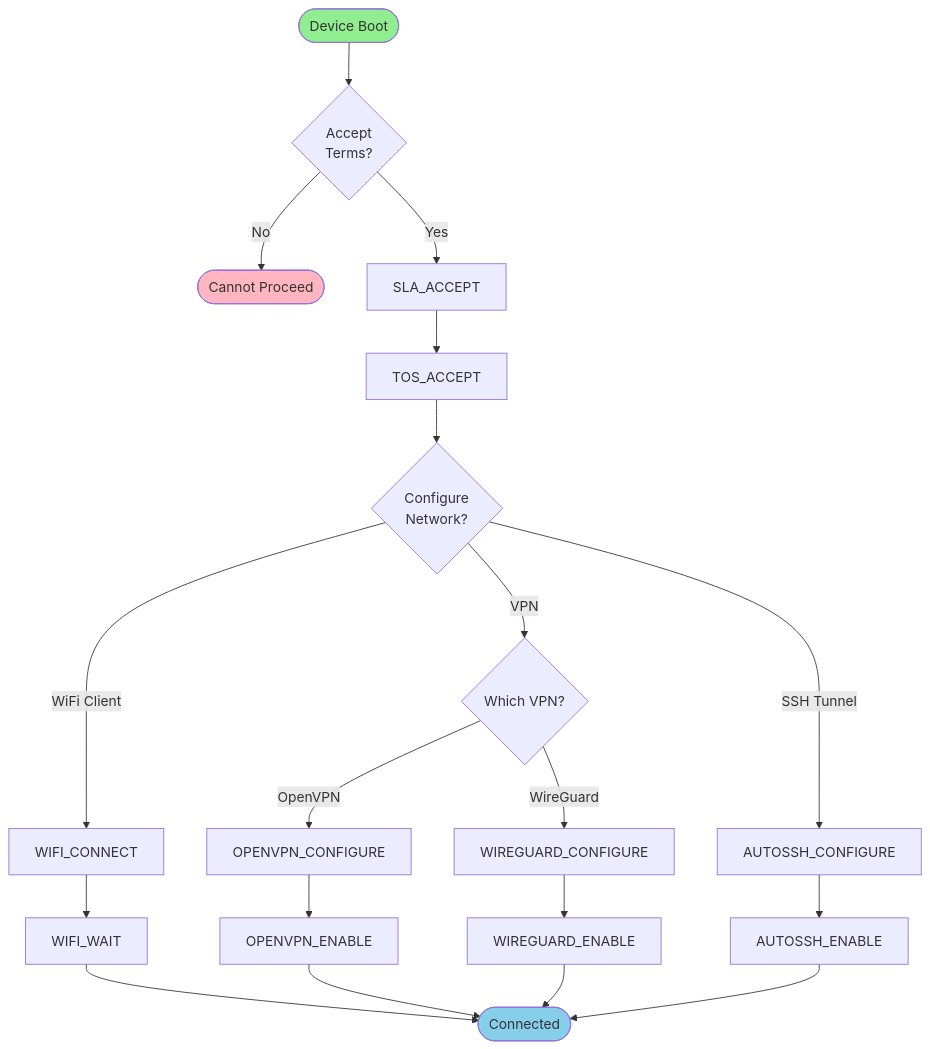
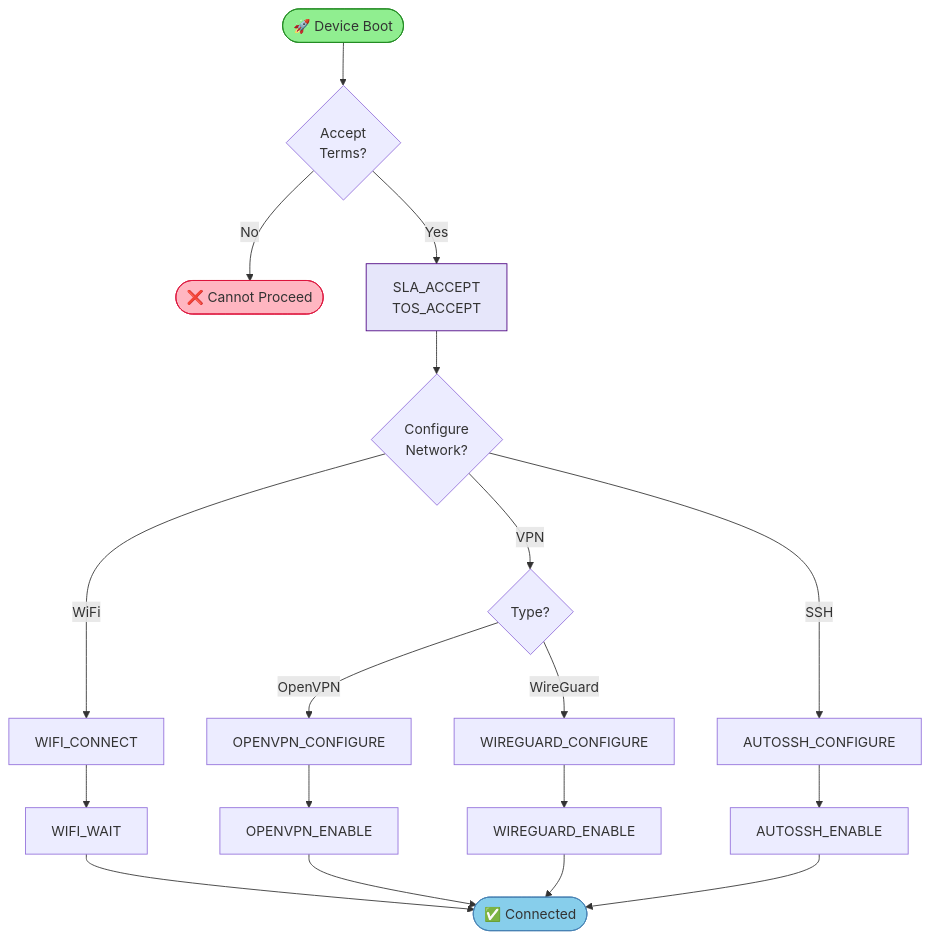
One commit to TheCyberJest0r/Wifi-Pineapple-Pager-Payloads-Cheat-sheet changed the third of 4 diagrams in README.md. Above: the diagram before and after it, drawn with Mermaid. The commit also changed other lines of this file, not shown here.

````diff
--- a/README.md
+++ b/README.md
@@ -196,30 +220,30 @@
 ```mermaid
 flowchart TD
-    Start([Device Boot]) --> Accept{Accept<br/>Terms?}
-    Accept -->|No| End1([Cannot Proceed])
-    Accept -->|Yes| SLA[SLA_ACCEPT]
-    SLA --> TOS[TOS_ACCEPT]
+    Start([🚀 Device Boot]) --> Accept{Accept<br/>Terms?}
+    Accept -->|No| End1([❌ Cannot Proceed])
+    Accept -->|Yes| Terms[SLA_ACCEPT<br/>TOS_ACCEPT]
     
-    TOS --> Config{Configure<br/>Network?}
+    Terms --> Config{Configure<br/>Network?}
     
-    Config -->|WiFi Client| WiFi[WIFI_CONNECT]
-    Config -->|VPN| VPN{Which VPN?}
-    Config -->|SSH Tunnel| SSH[AUTOSSH_CONFIGURE]
+    Config -->|WiFi| WiFi[WIFI_CONNECT]
+    Config -->|VPN| VPN{Type?}
+    Config -->|SSH| SSH[AUTOSSH_CONFIGURE]
     
     VPN -->|OpenVPN| OVPN[OPENVPN_CONFIGURE]
     VPN -->|WireGuard| WG[WIREGUARD_CONFIGURE]
     
     WiFi --> Wait[WIFI_WAIT]
     OVPN --> OVPN_EN[OPENVPN_ENABLE]
     WG --> WG_EN[WIREGUARD_ENABLE]
     SSH --> SSH_EN[AUTOSSH_ENABLE]
     
-    Wait --> Success([Connected])
+    Wait --> Success([✅ Connected])
     OVPN_EN --> Success
     WG_EN --> Success
     SSH_EN --> Success
     
-    style Start fill:#90EE90
-    style Success fill:#87CEEB
-    style End1 fill:#FFB6C1
+    style Start fill:#90EE90,stroke:#228B22
+    style Success fill:#87CEEB,stroke:#4682B4
+    style End1 fill:#FFB6C1,stroke:#DC143C
+    style Terms fill:#E6E6FA,stroke:#4B0082
 ```
````
